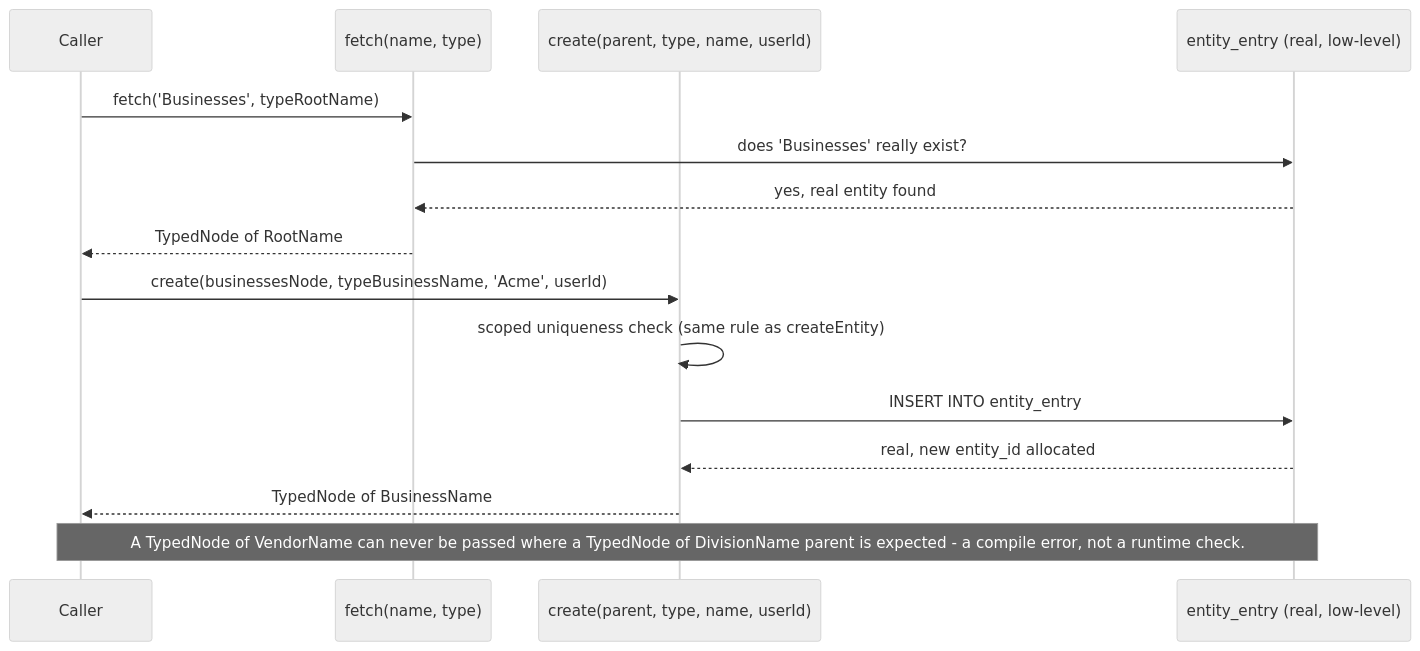
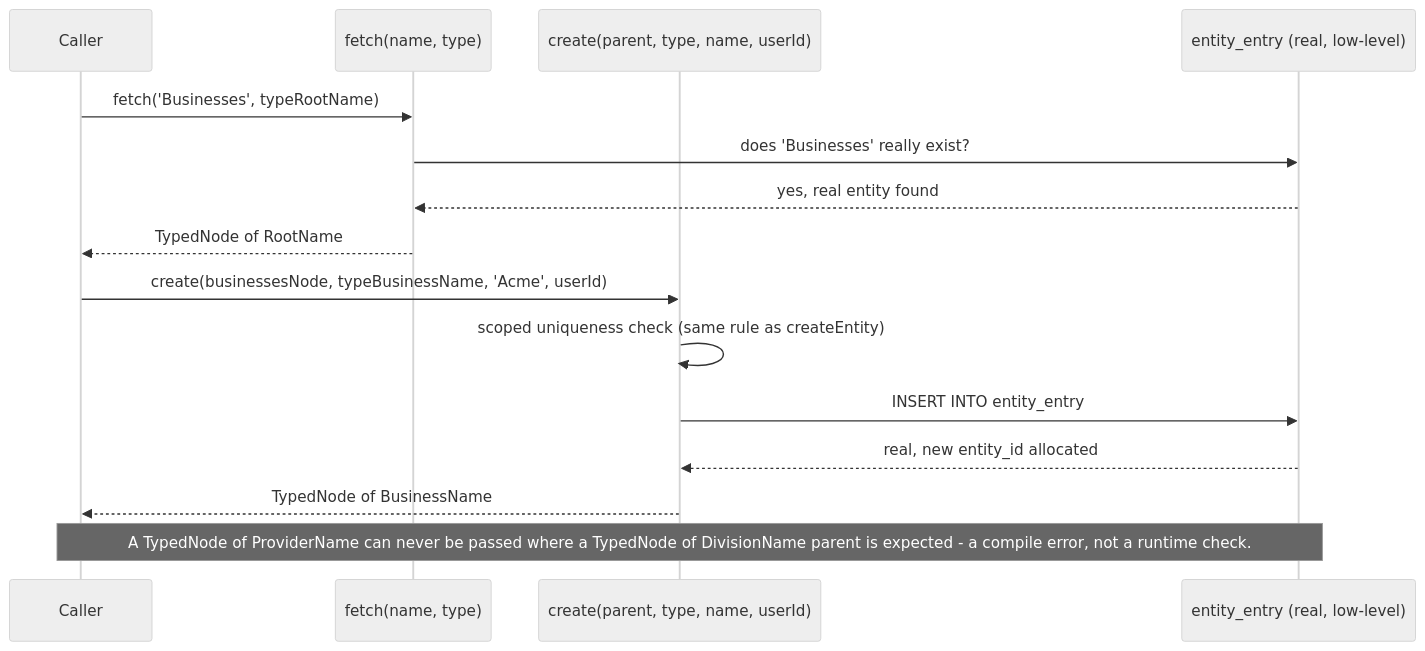
The diagram in docs/diagrams/create-fetch-flow.mmd (relatingdata/SQLite-ledger-ts), drawn with Mermaid (neutral theme) before and after one commit. The commit also changed 23 other files, not shown here.

```diff
--- a/docs/diagrams/create-fetch-flow.mmd
+++ b/docs/diagrams/create-fetch-flow.mmd
@@ -1,18 +1,18 @@
 sequenceDiagram
     participant Caller
     participant fetchFn as fetch(name, type)
     participant createFn as create(parent, type, name, userId)
     participant DB as entity_entry (real, low-level)
 
     Caller->>fetchFn: fetch('Businesses', typeRootName)
     fetchFn->>DB: does 'Businesses' really exist?
     DB-->>fetchFn: yes, real entity found
     fetchFn-->>Caller: TypedNode of RootName
 
     Caller->>createFn: create(businessesNode, typeBusinessName, 'Acme', userId)
     createFn->>createFn: scoped uniqueness check (same rule as createEntity)
     createFn->>DB: INSERT INTO entity_entry
     DB-->>createFn: real, new entity_id allocated
     createFn-->>Caller: TypedNode of BusinessName
 
-    Note over Caller,DB: A TypedNode of VendorName can never be passed where a TypedNode of DivisionName parent is expected - a compile error, not a runtime check.
+    Note over Caller,DB: A TypedNode of ProviderName can never be passed where a TypedNode of DivisionName parent is expected - a compile error, not a runtime check.
```
